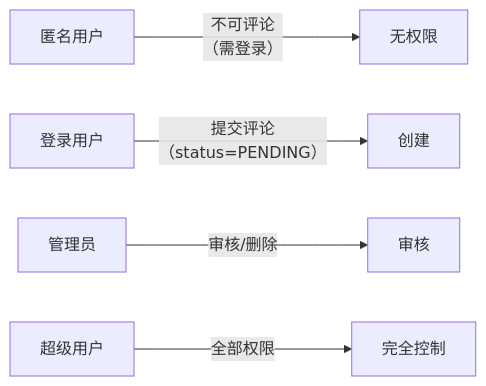
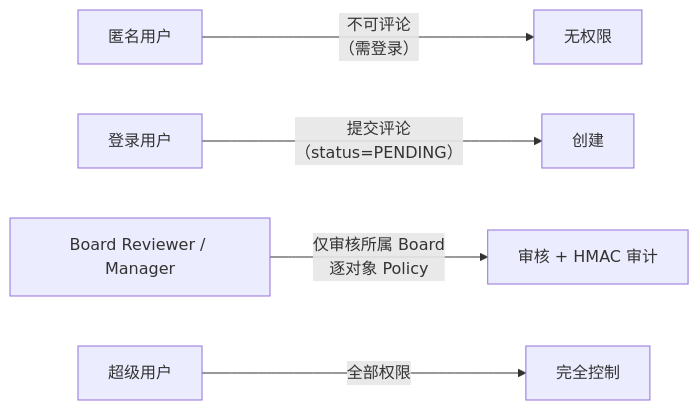
One commit to se-veN714/PowerAdapterBlogs changed the sixth of 7 diagrams in comment/DEVELOPMENT.md. Above: the diagram before and after it, drawn with Mermaid. The commit also changed other lines of this file and 65 other files, not shown here.

````diff
--- a/comment/DEVELOPMENT.md
+++ b/comment/DEVELOPMENT.md
@@ -206,7 +216,7 @@
 ```mermaid
 flowchart LR
     ANON["匿名用户"] -->|"不可评论<br/>（需登录）"| FORBID["无权限"]
     USER["登录用户"] -->|"提交评论<br/>（status=PENDING）"| CREATE["创建"]
-    STAFF["管理员"] -->|"审核/删除"| MODERATE["审核"]
+    REVIEWER["Board Reviewer / Manager"] -->|"仅审核所属 Board<br/>逐对象 Policy"| MODERATE["审核 + HMAC 审计"]
     SUPER["超级用户"] -->|"全部权限"| ALL["完全控制"]
 ```
````
